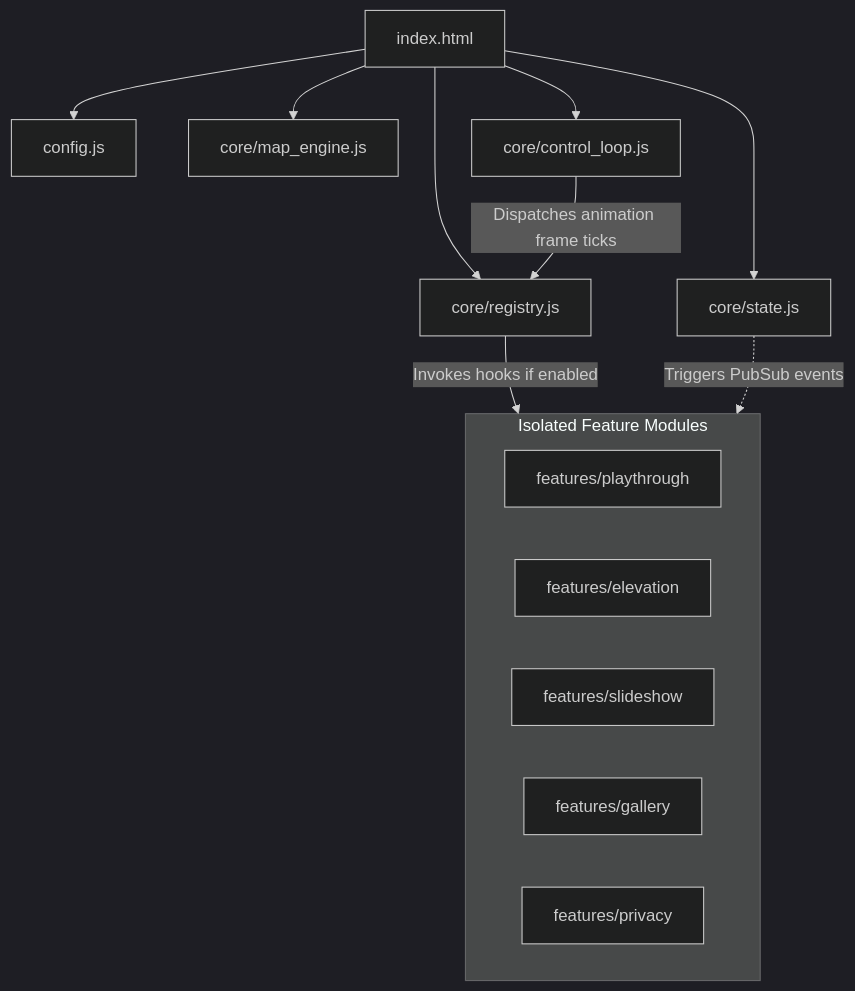
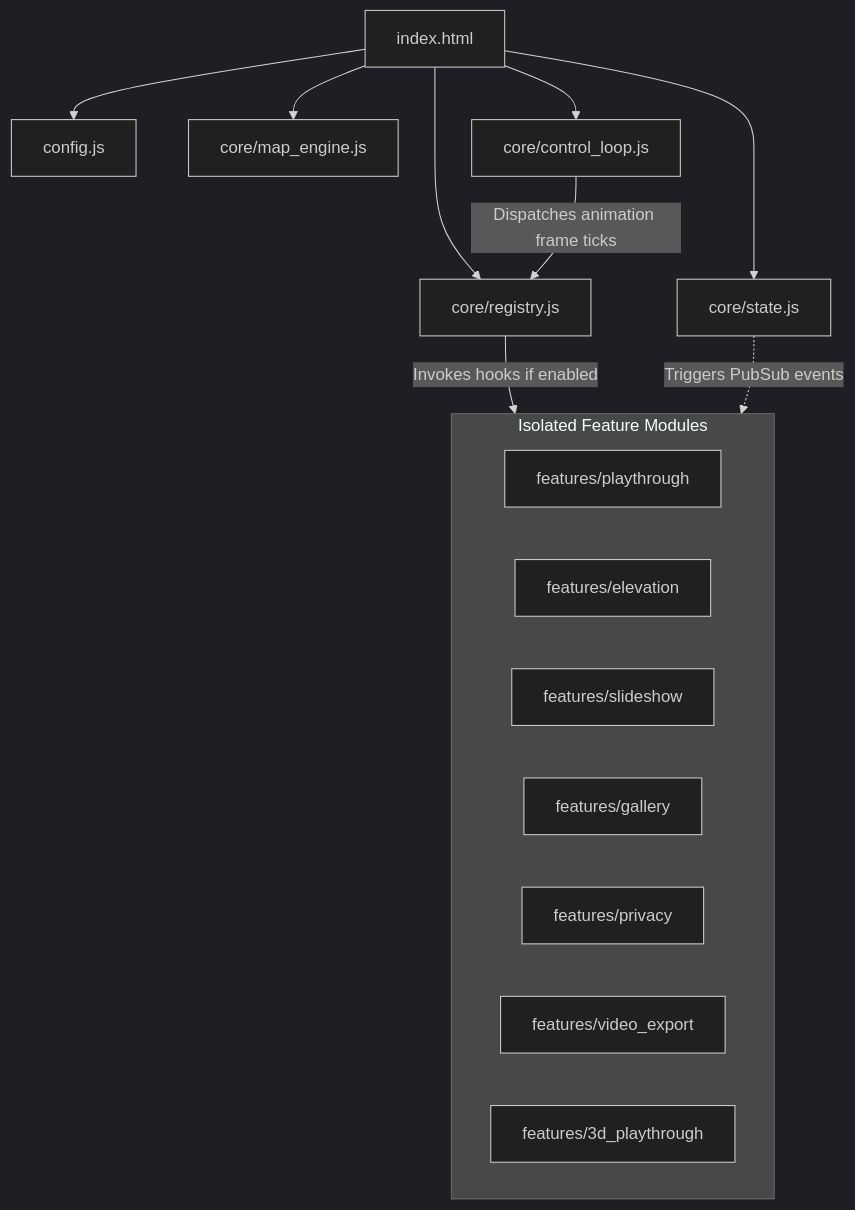
The diagram in examples/photo_map/README.md (ljack/feature-agent-spec), drawn with Mermaid (dark theme) before and after one commit. The commit also changed other lines of this file, not shown here.

Commit message:
docs: update example app README.md for new features and dynamic asset loading instructions

````diff
--- a/examples/photo_map/README.md
+++ b/examples/photo_map/README.md
@@ -41,21 +46,23 @@
 ```mermaid
 graph TD
     Launcher[index.html] --> Config[config.js]
     Launcher --> Registry[core/registry.js]
     Launcher --> State[core/state.js]
     Launcher --> MapEngine[core/map_engine.js]
     Launcher --> CoreLoop[core/control_loop.js]
     
     CoreLoop -->|Dispatches animation frame ticks| Registry
     Registry -->|Invokes hooks if enabled| Features
     
     subgraph Features [Isolated Feature Modules]
         Playthrough[features/playthrough]
         Elevation[features/elevation]
         Slideshow[features/slideshow]
         Gallery[features/gallery]
         Privacy[features/privacy]
+        VideoExport[features/video_export]
+        ThreeDPlaythrough[features/3d_playthrough]
     end
     
     State -.->|Triggers PubSub events| Features
 ```
````
